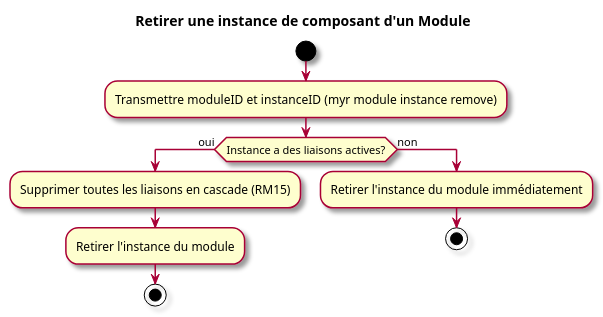
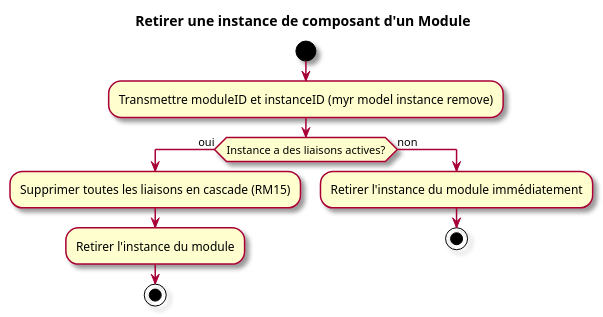
One commit to olivaux/myr changed the third of 3 diagrams in specs/1-Expression/UCAM-Atelier_Module/UCAM08.md. Above: the diagram before and after it, drawn with PlantUML. The commit also changed other lines of this file and 72 other files, not shown here.

````diff
--- a/specs/1-Expression/UCAM-Atelier_Module/UCAM08.md
+++ b/specs/1-Expression/UCAM-Atelier_Module/UCAM08.md
@@ -82,16 +82,16 @@
 ```plantuml
 @startuml
 skin rose
 title Retirer une instance de composant d'un Module
 start
-:Transmettre moduleID et instanceID (myr module instance remove);
+:Transmettre moduleID et instanceID (myr model instance remove);
 if (Instance a des liaisons actives?) then (oui)
   :Supprimer toutes les liaisons en cascade (RM15);
   :Retirer l'instance du module;
   stop
 else (non)
   :Retirer l'instance du module immédiatement;
   stop
 endif
 @enduml
 ```
````
